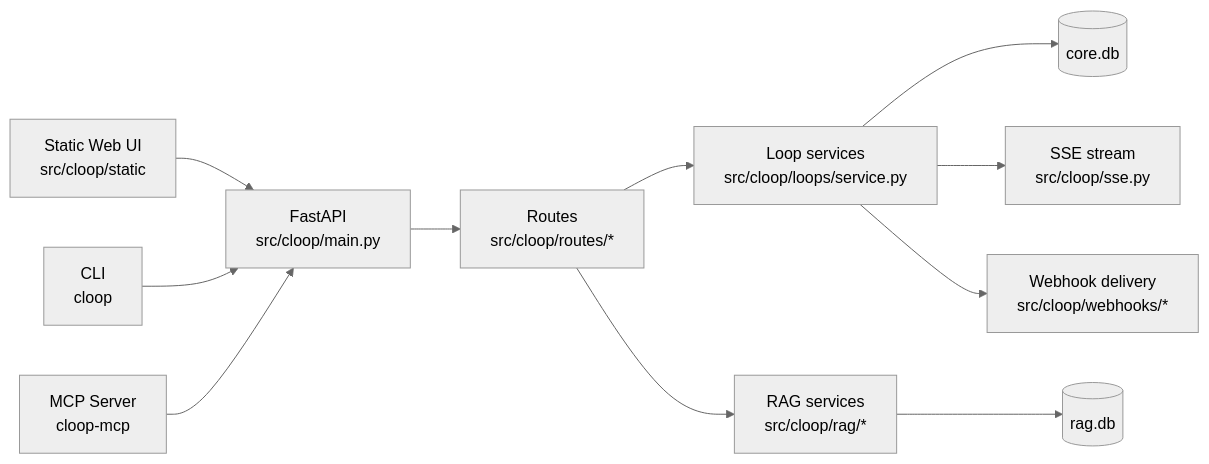
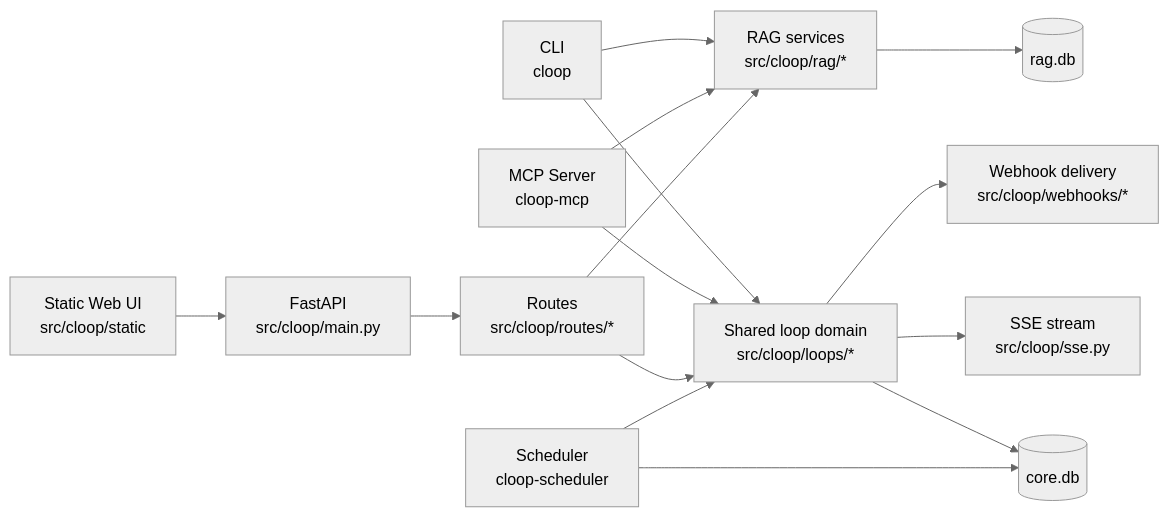
One commit to fitchmultz/cloop changed the diagram in docs/architecture.md. Above: the diagram before and after it, drawn with Mermaid (neutral theme). The commit also changed other lines of this file and 32 other files, not shown here.

````diff
--- a/docs/architecture.md
+++ b/docs/architecture.md
@@ -17,16 +17,19 @@
 ```mermaid
 flowchart LR
   UI[Static Web UI\nsrc/cloop/static] --> API[FastAPI\nsrc/cloop/main.py]
-  CLI[CLI\ncloop] --> API
-  MCP[MCP Server\ncloop-mcp] --> API
-
   API --> ROUTES[Routes\nsrc/cloop/routes/*]
-  ROUTES --> LOOPS[Loop services\nsrc/cloop/loops/service.py]
-  ROUTES --> RAG[RAG services\nsrc/cloop/rag/*]
+  CLI[CLI\ncloop] --> LOOPS[Shared loop domain\nsrc/cloop/loops/*]
+  CLI --> RAG[RAG services\nsrc/cloop/rag/*]
+  MCP[MCP Server\ncloop-mcp] --> LOOPS
+  MCP --> RAG
+  ROUTES --> LOOPS
+  ROUTES --> RAG
 
   LOOPS --> CORE[(core.db)]
   RAG --> RAGDB[(rag.db)]
 
   LOOPS --> SSE[SSE stream\nsrc/cloop/sse.py]
   LOOPS --> WEBHOOKS[Webhook delivery\nsrc/cloop/webhooks/*]
+  SCHED[Scheduler\ncloop-scheduler] --> LOOPS
+  SCHED --> CORE
 ```
````
